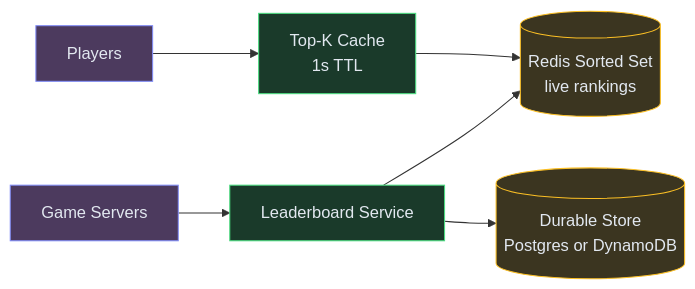
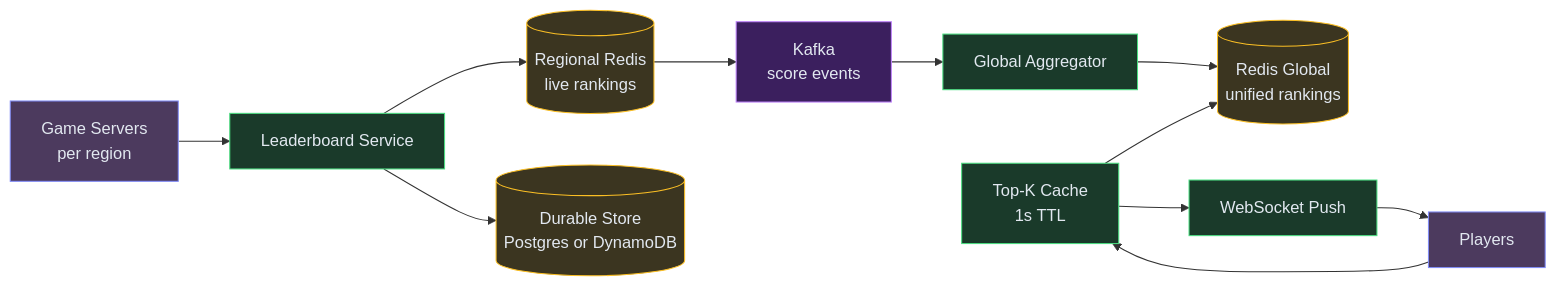
Before and after one commit to iluzn/HLD-Designs: the seventh of 7 diagrams in content/hld/Leaderboard.md, drawn with Mermaid. The commit also changed other lines of this file, not shown here.

Commit message:
fix(hld): Leaderboard final architecture reflects deep-dive choices
Add regional Redis, Kafka, global aggregator (Deep Dive 1) and
WebSocket push (Deep Dive 4) to the final diagram so it matches the
Great solutions selected in the deep dives.

````diff
--- a/content/hld/Leaderboard.md
+++ b/content/hld/Leaderboard.md
@@ -403,19 +405,29 @@
 ```mermaid
 flowchart LR
-    GAME["Game Servers"]:::client
+    GAME["Game Servers<br/>per region"]:::client
     API["Leaderboard Service"]:::service
-    REDIS[("Redis Sorted Set<br/>live rankings")]:::data
+    R1[("Regional Redis<br/>live rankings")]:::data
     DB[("Durable Store<br/>Postgres or DynamoDB")]:::data
+    K["Kafka<br/>score events"]:::async
+    AGG["Global Aggregator"]:::service
+    RG[("Redis Global<br/>unified rankings")]:::data
     CACHE["Top-K Cache<br/>1s TTL"]:::service
+    WS["WebSocket Push"]:::service
     USER["Players"]:::client
 
     GAME --> API
-    API --> REDIS
+    API --> R1
     API --> DB
+    R1 --> K
+    K --> AGG
+    AGG --> RG
+    CACHE --> RG
+    CACHE --> WS
+    WS --> USER
     USER --> CACHE
-    CACHE --> REDIS
 
     classDef client fill:#4c3a5e,stroke:#818cf8,color:#e2e8f0
     classDef service fill:#1a3a2a,stroke:#4ade80,color:#e2e8f0
     classDef data fill:#3b3520,stroke:#fbbf24,color:#e2e8f0
+    classDef async fill:#3b1f5e,stroke:#c084fc,color:#e2e8f0
 ```
````
